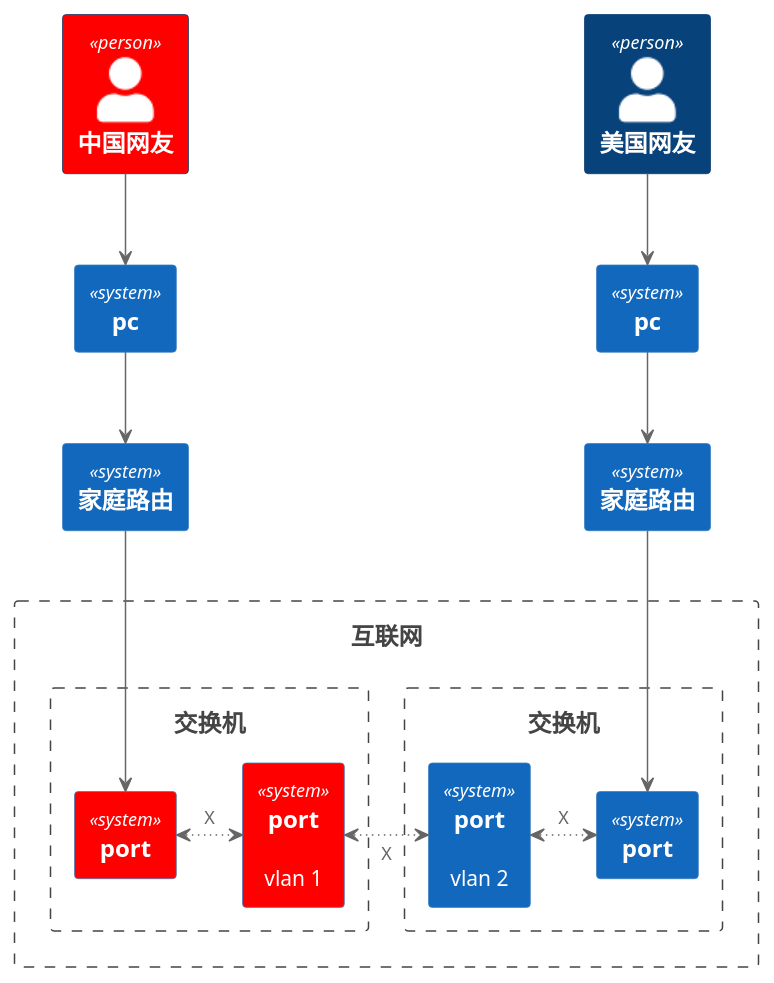
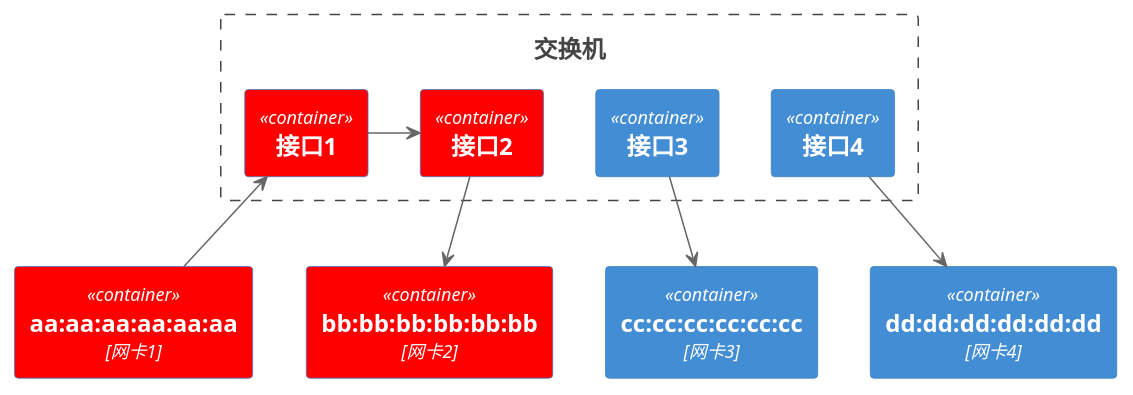
One commit to gardenerframework/impatiens changed the second of 3 diagrams in 云与虚拟化/网络/基础知识/二层网络和常用设备简介/readme.md. Above: the diagram before and after it, drawn with PlantUML. The commit also changed other lines of this file and 5 other files, not shown here.

````diff
--- a/云与虚拟化/网络/基础知识/二层网络和常用设备简介/readme.md
+++ b/云与虚拟化/网络/基础知识/二层网络和常用设备简介/readme.md
@@ -96,39 +95,26 @@
 ```plantuml
 @startuml
 !include  https://plantuml.s3.cn-north-1.jdcloud-oss.com/C4_Container.puml
 
-Person(中国网友, 中国网友) #red
-Person(美国网友, 美国网友)
+Container(aa, aa:aa:aa:aa:aa:aa, 网卡1) #red
+Container(bb, bb:bb:bb:bb:bb:bb, 网卡2) #red
+Container(cc, cc:cc:cc:cc:cc:cc, 网卡3)
+Container(dd, dd:dd:dd:dd:dd:dd, 网卡4)
 
-System(pc1, pc)
-System(pc2, pc)
-
-System(家庭路由1, 家庭路由)
-System(家庭路由2, 家庭路由)
-
-Boundary(互联网, 互联网) {
-    Boundary(交换机1, 交换机)  {
-        System(port1, port) #red
-        System(port2, port, vlan 1) #red
-        port1 <-[dotted]r-> port2: X
-       
-    }
-    Boundary(交换机2, 交换机) {
-        System(port3, port)
-        System(port4, port, vlan 2)
-        port3 <-[dotted]l-> port4: X
-    } 
+Boundary(交换机, 交换机) {
+    Container(接口1, 接口1) #red
+    Container(接口2, 接口2) #red
+    Container(接口3, 接口3)
+    Container(接口4, 接口4)
 }
 
+接口1 <-d- aa
+接口2 -d-> bb
+接口3 -d-> cc
+接口4 -d-> dd
 
-中国网友--> pc1
-美国网友--> pc2
 
-pc1-->家庭路由1
-pc2-->家庭路由2
+接口1 -r-> 接口2
 
-家庭路由1-->port1
-port2<-[dotted]r->port4: X
-家庭路由2-->port3
 @enduml
 ```
````
